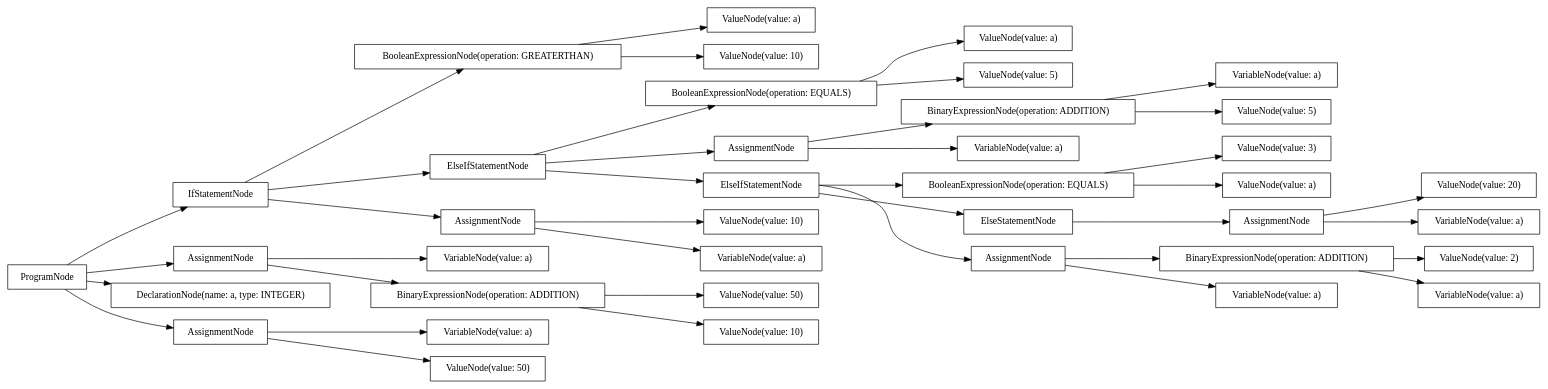
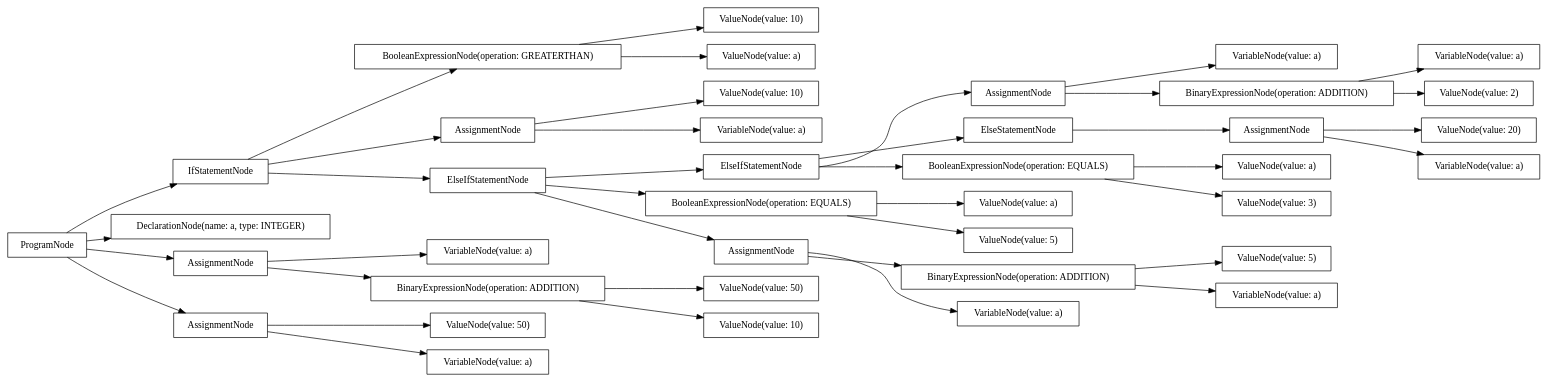
The diagram in src/output/dot/example-boolean.dot (AtLeastITry/ANTLR-Python-Compiler), drawn with Graphviz before and after one commit. The commit also changed 19 other files, not shown here.

```diff
--- a/src/output/dot/example-boolean.dot
+++ b/src/output/dot/example-boolean.dot
@@ -1,80 +1,80 @@
 digraph G {
 rankdir=LR
-"9b366fa0-df2b-427d-92f7-1cadaa552f8d" [label="ValueNode(value: 10)" shape="box"];
-"e506a37e-7299-4fef-bc41-4f937e234e7b" [label="ValueNode(value: 2)" shape="box"];
-"3e40a6d2-3e7f-49f8-a3ac-66921ebba254" [label="ValueNode(value: 20)" shape="box"];
-"251fecdb-f5fe-4439-b215-3b6d42b46e0a" [label="BooleanExpressionNode(operation: GREATERTHAN)" shape="box"];
-"b58c02d5-5706-40c6-afbd-2a1d73ea5b55" [label="ProgramNode" shape="box"];
-"3918e076-52b2-48a0-9013-c4265c413480" [label="BooleanExpressionNode(operation: EQUALS)" shape="box"];
-"e082857e-820f-4f58-a8a6-83803138dffd" [label="AssignmentNode" shape="box"];
-"947e9222-3346-4b99-85e3-32d1b3577ea9" [label="ElseIfStatementNode" shape="box"];
-"964d5919-3728-40bf-a4ae-62c6b09cb3a2" [label="BooleanExpressionNode(operation: EQUALS)" shape="box"];
-"8d12272f-53fd-4b0b-be7a-55989f23e15c" [label="ValueNode(value: 50)" shape="box"];
-"7886088c-209f-4a21-b6de-2e7a8fb4787c" [label="BinaryExpressionNode(operation: ADDITION)" shape="box"];
-"e74098fc-7e24-4240-8cd6-42f59dcb9cea" [label="VariableNode(value: a)" shape="box"];
-"ccef5133-0bfc-41d3-9916-ae18f3dbdf3d" [label="AssignmentNode" shape="box"];
-"5dec168b-e0e0-4159-b949-7dc024af5b63" [label="AssignmentNode" shape="box"];
-"a31af2ec-2f39-49c8-bbdb-b892a580da95" [label="BinaryExpressionNode(operation: ADDITION)" shape="box"];
-"9e147932-266a-40e1-b0b8-de91b306d019" [label="ElseStatementNode" shape="box"];
-"27e5e43b-1f1f-4c9e-95c7-b4bdb223a89b" [label="VariableNode(value: a)" shape="box"];
-"3108ef7f-4efd-4ae8-896e-cac050ca5818" [label="AssignmentNode" shape="box"];
-"d8de5d80-fe90-47f5-8b93-7d7d2c9e3c54" [label="ValueNode(value: a)" shape="box"];
-"2bec7c8e-e496-40cf-935d-419cafd50530" [label="VariableNode(value: a)" shape="box"];
-"de58f8e0-0b82-437b-9607-d7f3ce6f1dfa" [label="IfStatementNode" shape="box"];
-"2e252965-4628-406a-8a78-5d931f2c17e1" [label="AssignmentNode" shape="box"];
-"fbc6bd87-da4a-42f5-bdca-b0b136e51645" [label="ValueNode(value: 5)" shape="box"];
-"4297faeb-de45-4cd0-ac3f-d89a95789991" [label="VariableNode(value: a)" shape="box"];
-"be33fd7a-b1c8-4233-983e-27c583638fcd" [label="ValueNode(value: 3)" shape="box"];
-"54362662-8a05-4fc4-96a4-3168617f908c" [label="DeclarationNode(name: a, type: INTEGER)" shape="box"];
-"3fde65d7-06c8-4d5d-91de-a550f5c589fc" [label="ValueNode(value: a)" shape="box"];
-"39578d86-37f9-4109-b308-a90a6a22feae" [label="BinaryExpressionNode(operation: ADDITION)" shape="box"];
-"8bbf2b9a-d0f5-4da8-b4bc-1f5a18062cf7" [label="ValueNode(value: 10)" shape="box"];
-"329cdd40-a0fd-4198-86fe-aad971a15c0f" [label="ValueNode(value: 10)" shape="box"];
-"a4da3d97-449c-46e1-b406-15361ee70fd6" [label="ElseIfStatementNode" shape="box"];
-"2fe0a4f4-e763-4842-9fee-a795238eaeb7" [label="AssignmentNode" shape="box"];
-"5ff27943-04c7-44de-84ab-cf2f78c3e594" [label="ValueNode(value: 5)" shape="box"];
-"b719588a-559c-474f-bedc-95081a0b8223" [label="VariableNode(value: a)" shape="box"];
-"624b4a90-265e-4fff-b5c0-76d7b912e142" [label="VariableNode(value: a)" shape="box"];
-"04464107-2dfd-40e3-993e-0de1a14eb733" [label="ValueNode(value: a)" shape="box"];
-"a77fd1b9-1454-43c7-ae1d-f1a3d49c598a" [label="VariableNode(value: a)" shape="box"];
-"31b7f980-5101-4d93-b33a-04863b1d5b39" [label="VariableNode(value: a)" shape="box"];
-"9d594bee-912d-4b33-861e-e090422633ff" [label="ValueNode(value: 50)" shape="box"];
-"b58c02d5-5706-40c6-afbd-2a1d73ea5b55" -> "54362662-8a05-4fc4-96a4-3168617f908c";
-"b58c02d5-5706-40c6-afbd-2a1d73ea5b55" -> "2fe0a4f4-e763-4842-9fee-a795238eaeb7";
-"2fe0a4f4-e763-4842-9fee-a795238eaeb7" -> "e74098fc-7e24-4240-8cd6-42f59dcb9cea";
-"2fe0a4f4-e763-4842-9fee-a795238eaeb7" -> "9d594bee-912d-4b33-861e-e090422633ff";
-"b58c02d5-5706-40c6-afbd-2a1d73ea5b55" -> "de58f8e0-0b82-437b-9607-d7f3ce6f1dfa";
-"de58f8e0-0b82-437b-9607-d7f3ce6f1dfa" -> "251fecdb-f5fe-4439-b215-3b6d42b46e0a";
-"251fecdb-f5fe-4439-b215-3b6d42b46e0a" -> "3fde65d7-06c8-4d5d-91de-a550f5c589fc";
-"251fecdb-f5fe-4439-b215-3b6d42b46e0a" -> "329cdd40-a0fd-4198-86fe-aad971a15c0f";
-"de58f8e0-0b82-437b-9607-d7f3ce6f1dfa" -> "ccef5133-0bfc-41d3-9916-ae18f3dbdf3d";
-"ccef5133-0bfc-41d3-9916-ae18f3dbdf3d" -> "624b4a90-265e-4fff-b5c0-76d7b912e142";
-"ccef5133-0bfc-41d3-9916-ae18f3dbdf3d" -> "9b366fa0-df2b-427d-92f7-1cadaa552f8d";
-"de58f8e0-0b82-437b-9607-d7f3ce6f1dfa" -> "947e9222-3346-4b99-85e3-32d1b3577ea9";
-"947e9222-3346-4b99-85e3-32d1b3577ea9" -> "964d5919-3728-40bf-a4ae-62c6b09cb3a2";
-"964d5919-3728-40bf-a4ae-62c6b09cb3a2" -> "d8de5d80-fe90-47f5-8b93-7d7d2c9e3c54";
-"964d5919-3728-40bf-a4ae-62c6b09cb3a2" -> "fbc6bd87-da4a-42f5-bdca-b0b136e51645";
-"947e9222-3346-4b99-85e3-32d1b3577ea9" -> "5dec168b-e0e0-4159-b949-7dc024af5b63";
-"5dec168b-e0e0-4159-b949-7dc024af5b63" -> "2bec7c8e-e496-40cf-935d-419cafd50530";
-"5dec168b-e0e0-4159-b949-7dc024af5b63" -> "7886088c-209f-4a21-b6de-2e7a8fb4787c";
-"7886088c-209f-4a21-b6de-2e7a8fb4787c" -> "4297faeb-de45-4cd0-ac3f-d89a95789991";
-"7886088c-209f-4a21-b6de-2e7a8fb4787c" -> "5ff27943-04c7-44de-84ab-cf2f78c3e594";
-"947e9222-3346-4b99-85e3-32d1b3577ea9" -> "a4da3d97-449c-46e1-b406-15361ee70fd6";
-"a4da3d97-449c-46e1-b406-15361ee70fd6" -> "3918e076-52b2-48a0-9013-c4265c413480";
-"3918e076-52b2-48a0-9013-c4265c413480" -> "04464107-2dfd-40e3-993e-0de1a14eb733";
-"3918e076-52b2-48a0-9013-c4265c413480" -> "be33fd7a-b1c8-4233-983e-27c583638fcd";
-"a4da3d97-449c-46e1-b406-15361ee70fd6" -> "3108ef7f-4efd-4ae8-896e-cac050ca5818";
-"3108ef7f-4efd-4ae8-896e-cac050ca5818" -> "a77fd1b9-1454-43c7-ae1d-f1a3d49c598a";
-"3108ef7f-4efd-4ae8-896e-cac050ca5818" -> "a31af2ec-2f39-49c8-bbdb-b892a580da95";
-"a31af2ec-2f39-49c8-bbdb-b892a580da95" -> "31b7f980-5101-4d93-b33a-04863b1d5b39";
-"a31af2ec-2f39-49c8-bbdb-b892a580da95" -> "e506a37e-7299-4fef-bc41-4f937e234e7b";
-"a4da3d97-449c-46e1-b406-15361ee70fd6" -> "9e147932-266a-40e1-b0b8-de91b306d019";
-"9e147932-266a-40e1-b0b8-de91b306d019" -> "e082857e-820f-4f58-a8a6-83803138dffd";
-"e082857e-820f-4f58-a8a6-83803138dffd" -> "b719588a-559c-474f-bedc-95081a0b8223";
-"e082857e-820f-4f58-a8a6-83803138dffd" -> "3e40a6d2-3e7f-49f8-a3ac-66921ebba254";
-"b58c02d5-5706-40c6-afbd-2a1d73ea5b55" -> "2e252965-4628-406a-8a78-5d931f2c17e1";
-"2e252965-4628-406a-8a78-5d931f2c17e1" -> "27e5e43b-1f1f-4c9e-95c7-b4bdb223a89b";
-"2e252965-4628-406a-8a78-5d931f2c17e1" -> "39578d86-37f9-4109-b308-a90a6a22feae";
-"39578d86-37f9-4109-b308-a90a6a22feae" -> "8bbf2b9a-d0f5-4da8-b4bc-1f5a18062cf7";
-"39578d86-37f9-4109-b308-a90a6a22feae" -> "8d12272f-53fd-4b0b-be7a-55989f23e15c";
+"55edfc2f-2ab8-44a1-a914-a35918b4ada4" [label="VariableNode(value: a)" shape="box"];
+"78cbe2ea-aee4-4317-bd08-f7ddc653a21c" [label="ValueNode(value: 5)" shape="box"];
+"d5de7eed-4325-4b7f-a582-b7da91a412dc" [label="BinaryExpressionNode(operation: ADDITION)" shape="box"];
+"2263d445-67ae-4e57-8146-3b6396011c30" [label="ValueNode(value: a)" shape="box"];
+"dba469d1-2663-4b36-ba92-0637b4558b9d" [label="ValueNode(value: 10)" shape="box"];
+"f73bb113-b18b-47c3-a255-d2e7b3395b7a" [label="ProgramNode" shape="box"];
+"a1557db6-3ece-4a5a-94b7-1b41e77166a1" [label="BinaryExpressionNode(operation: ADDITION)" shape="box"];
+"bcbf56ac-f141-4e27-adaf-f9d380e30fb8" [label="VariableNode(value: a)" shape="box"];
+"23e28687-6305-4d2b-9d19-f4ca51e98d25" [label="ValueNode(value: 10)" shape="box"];
+"64a38984-7d0a-4c55-b522-ce0f82f97c39" [label="ElseIfStatementNode" shape="box"];
+"cf7655b0-75ed-4a80-8eb9-1116571a2149" [label="ValueNode(value: 50)" shape="box"];
+"919233ae-6751-476d-8fc5-f0e0e49ff162" [label="IfStatementNode" shape="box"];
+"d0f1e109-cf6b-4aa6-ac02-5ec16dc3d26d" [label="ValueNode(value: 50)" shape="box"];
+"98d0652f-713f-4f6b-a2c6-6a93502e270b" [label="AssignmentNode" shape="box"];
+"1393a3cf-97f8-4129-b4ee-663787eeb85a" [label="BooleanExpressionNode(operation: GREATERTHAN)" shape="box"];
+"2262e4ef-9959-478d-8962-f9c3da8e4fd7" [label="AssignmentNode" shape="box"];
+"dcff5859-4deb-4c66-a763-957fe9cfe05a" [label="ValueNode(value: a)" shape="box"];
+"5cd1c3c6-731f-497e-862e-f687420378bf" [label="ValueNode(value: 3)" shape="box"];
+"4aa14abf-8487-42b1-880b-e1d4ad7dd4af" [label="ElseIfStatementNode" shape="box"];
+"36fa5034-e1ef-4f2b-8367-353576e0a8de" [label="VariableNode(value: a)" shape="box"];
+"3097965b-6f8c-4d60-a10c-b54db1dfad18" [label="ElseStatementNode" shape="box"];
+"7f7cf139-b3de-42b5-91c7-2342a77dc071" [label="AssignmentNode" shape="box"];
+"36ff1c40-17f1-4023-a101-5556447484e6" [label="ValueNode(value: 20)" shape="box"];
+"8d934a1a-cbf0-4985-95fd-3dd0f322f0de" [label="BooleanExpressionNode(operation: EQUALS)" shape="box"];
+"21b5fed3-e80b-4f43-b997-66ccd422ce3a" [label="VariableNode(value: a)" shape="box"];
+"c5983406-d2fd-4671-8e47-0c7d3d0ec608" [label="DeclarationNode(name: a, type: INTEGER)" shape="box"];
+"241f51d3-7076-4a93-a785-c80983c7a24c" [label="VariableNode(value: a)" shape="box"];
+"0b22b963-172a-4d89-a3b2-2ad0194c6f62" [label="ValueNode(value: 2)" shape="box"];
+"99bd02c6-4dbf-4b78-b44e-814704833d59" [label="ValueNode(value: 5)" shape="box"];
+"0d1127c9-b62a-498d-9014-25eca0f17c06" [label="AssignmentNode" shape="box"];
+"62f10de9-2e3e-4f59-8bf9-5d50365b1e7c" [label="BooleanExpressionNode(operation: EQUALS)" shape="box"];
+"f11a72b4-97a8-4475-9a8e-7c41cfcd6782" [label="VariableNode(value: a)" shape="box"];
+"89866451-df48-4ba9-b407-da779bf88788" [label="AssignmentNode" shape="box"];
+"722c754e-85be-4433-a934-77e899a8faa3" [label="BinaryExpressionNode(operation: ADDITION)" shape="box"];
+"0caaafba-d190-4c46-bb98-b9339f4146d6" [label="AssignmentNode" shape="box"];
+"191265aa-e14c-467f-8ad3-2ead2de3f72d" [label="VariableNode(value: a)" shape="box"];
+"36a8bf0d-128e-4e8b-82dd-775a5fd979c5" [label="ValueNode(value: 10)" shape="box"];
+"020a08a8-d24f-43fc-b6a1-8826b08f3465" [label="VariableNode(value: a)" shape="box"];
+"8a855a69-5453-444b-b304-c94add22bea6" [label="ValueNode(value: a)" shape="box"];
+"f73bb113-b18b-47c3-a255-d2e7b3395b7a" -> "c5983406-d2fd-4671-8e47-0c7d3d0ec608";
+"f73bb113-b18b-47c3-a255-d2e7b3395b7a" -> "0caaafba-d190-4c46-bb98-b9339f4146d6";
+"0caaafba-d190-4c46-bb98-b9339f4146d6" -> "36fa5034-e1ef-4f2b-8367-353576e0a8de";
+"0caaafba-d190-4c46-bb98-b9339f4146d6" -> "cf7655b0-75ed-4a80-8eb9-1116571a2149";
+"f73bb113-b18b-47c3-a255-d2e7b3395b7a" -> "919233ae-6751-476d-8fc5-f0e0e49ff162";
+"919233ae-6751-476d-8fc5-f0e0e49ff162" -> "1393a3cf-97f8-4129-b4ee-663787eeb85a";
+"1393a3cf-97f8-4129-b4ee-663787eeb85a" -> "8a855a69-5453-444b-b304-c94add22bea6";
+"1393a3cf-97f8-4129-b4ee-663787eeb85a" -> "dba469d1-2663-4b36-ba92-0637b4558b9d";
+"919233ae-6751-476d-8fc5-f0e0e49ff162" -> "2262e4ef-9959-478d-8962-f9c3da8e4fd7";
+"2262e4ef-9959-478d-8962-f9c3da8e4fd7" -> "241f51d3-7076-4a93-a785-c80983c7a24c";
+"2262e4ef-9959-478d-8962-f9c3da8e4fd7" -> "23e28687-6305-4d2b-9d19-f4ca51e98d25";
+"919233ae-6751-476d-8fc5-f0e0e49ff162" -> "4aa14abf-8487-42b1-880b-e1d4ad7dd4af";
+"4aa14abf-8487-42b1-880b-e1d4ad7dd4af" -> "8d934a1a-cbf0-4985-95fd-3dd0f322f0de";
+"8d934a1a-cbf0-4985-95fd-3dd0f322f0de" -> "dcff5859-4deb-4c66-a763-957fe9cfe05a";
+"8d934a1a-cbf0-4985-95fd-3dd0f322f0de" -> "99bd02c6-4dbf-4b78-b44e-814704833d59";
+"4aa14abf-8487-42b1-880b-e1d4ad7dd4af" -> "89866451-df48-4ba9-b407-da779bf88788";
+"89866451-df48-4ba9-b407-da779bf88788" -> "f11a72b4-97a8-4475-9a8e-7c41cfcd6782";
+"89866451-df48-4ba9-b407-da779bf88788" -> "a1557db6-3ece-4a5a-94b7-1b41e77166a1";
+"a1557db6-3ece-4a5a-94b7-1b41e77166a1" -> "020a08a8-d24f-43fc-b6a1-8826b08f3465";
+"a1557db6-3ece-4a5a-94b7-1b41e77166a1" -> "78cbe2ea-aee4-4317-bd08-f7ddc653a21c";
+"4aa14abf-8487-42b1-880b-e1d4ad7dd4af" -> "64a38984-7d0a-4c55-b522-ce0f82f97c39";
+"64a38984-7d0a-4c55-b522-ce0f82f97c39" -> "62f10de9-2e3e-4f59-8bf9-5d50365b1e7c";
+"62f10de9-2e3e-4f59-8bf9-5d50365b1e7c" -> "2263d445-67ae-4e57-8146-3b6396011c30";
+"62f10de9-2e3e-4f59-8bf9-5d50365b1e7c" -> "5cd1c3c6-731f-497e-862e-f687420378bf";
+"64a38984-7d0a-4c55-b522-ce0f82f97c39" -> "98d0652f-713f-4f6b-a2c6-6a93502e270b";
+"98d0652f-713f-4f6b-a2c6-6a93502e270b" -> "bcbf56ac-f141-4e27-adaf-f9d380e30fb8";
+"98d0652f-713f-4f6b-a2c6-6a93502e270b" -> "722c754e-85be-4433-a934-77e899a8faa3";
+"722c754e-85be-4433-a934-77e899a8faa3" -> "21b5fed3-e80b-4f43-b997-66ccd422ce3a";
+"722c754e-85be-4433-a934-77e899a8faa3" -> "0b22b963-172a-4d89-a3b2-2ad0194c6f62";
+"64a38984-7d0a-4c55-b522-ce0f82f97c39" -> "3097965b-6f8c-4d60-a10c-b54db1dfad18";
+"3097965b-6f8c-4d60-a10c-b54db1dfad18" -> "7f7cf139-b3de-42b5-91c7-2342a77dc071";
+"7f7cf139-b3de-42b5-91c7-2342a77dc071" -> "191265aa-e14c-467f-8ad3-2ead2de3f72d";
+"7f7cf139-b3de-42b5-91c7-2342a77dc071" -> "36ff1c40-17f1-4023-a101-5556447484e6";
+"f73bb113-b18b-47c3-a255-d2e7b3395b7a" -> "0d1127c9-b62a-498d-9014-25eca0f17c06";
+"0d1127c9-b62a-498d-9014-25eca0f17c06" -> "55edfc2f-2ab8-44a1-a914-a35918b4ada4";
+"0d1127c9-b62a-498d-9014-25eca0f17c06" -> "d5de7eed-4325-4b7f-a582-b7da91a412dc";
+"d5de7eed-4325-4b7f-a582-b7da91a412dc" -> "36a8bf0d-128e-4e8b-82dd-775a5fd979c5";
+"d5de7eed-4325-4b7f-a582-b7da91a412dc" -> "d0f1e109-cf6b-4aa6-ac02-5ec16dc3d26d";
 }
```
